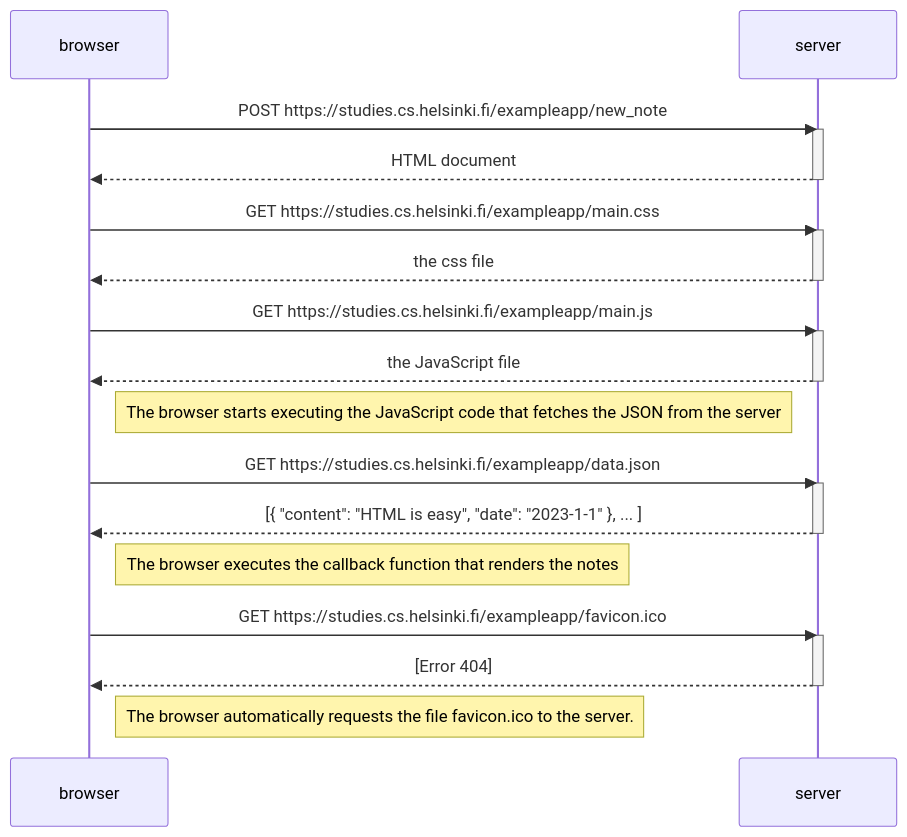
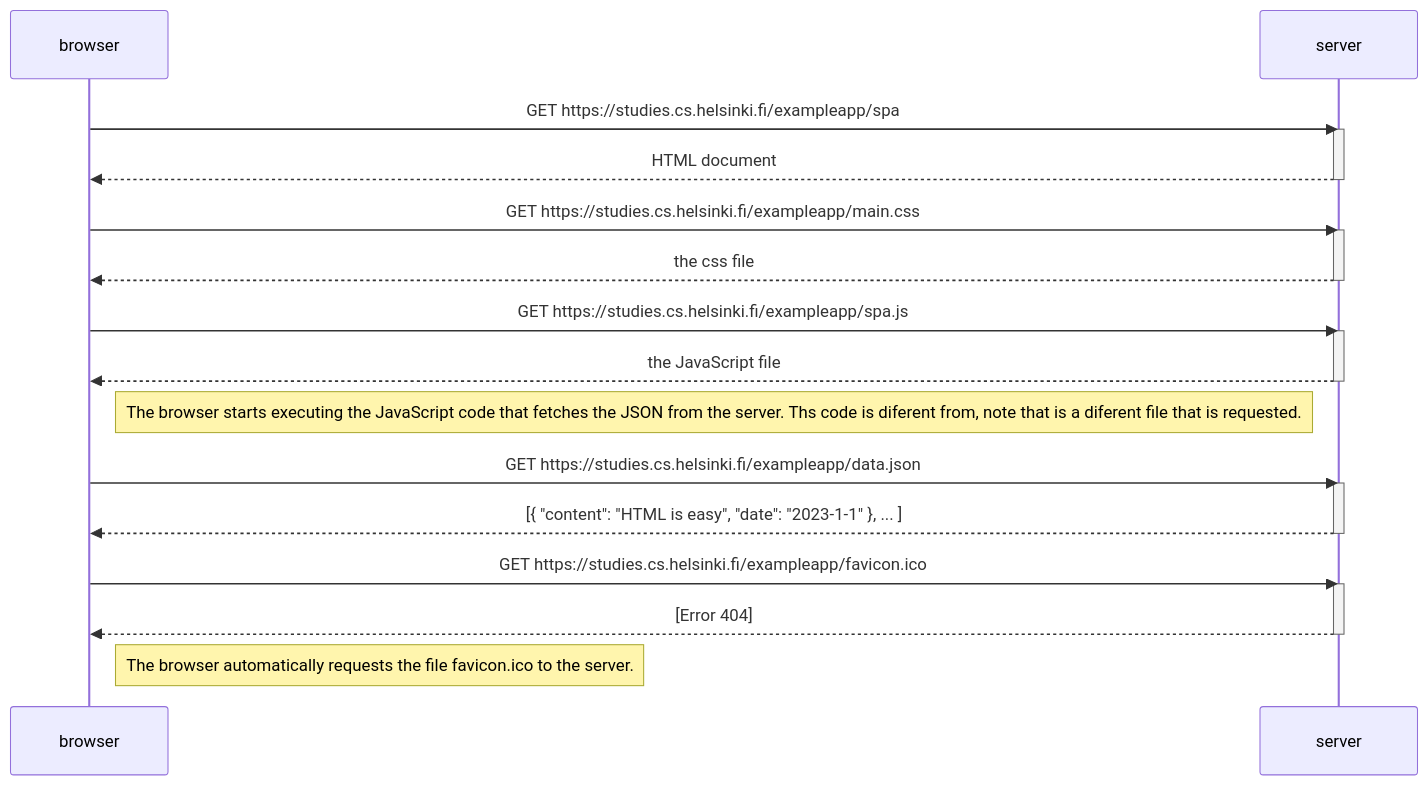
One commit to Temistocles17/Temistocles17.github.io changed the diagram in Readme.md. Above: the diagram before and after it, drawn with Mermaid.

````diff
--- a/Readme.md
+++ b/Readme.md
@@ -1,37 +1,35 @@
 ```mermaid
 sequenceDiagram
     participant browser
     participant server
 
-    browser->>server: POST https://studies.cs.helsinki.fi/exampleapp/new_note
+    browser->>server: GET https://studies.cs.helsinki.fi/exampleapp/spa
     activate server
     server-->>browser: HTML document
     deactivate server
 
     browser->>server: GET https://studies.cs.helsinki.fi/exampleapp/main.css
     activate server
     server-->>browser: the css file
     deactivate server
 
-    browser->>server: GET https://studies.cs.helsinki.fi/exampleapp/main.js
+    browser->>server: GET https://studies.cs.helsinki.fi/exampleapp/spa.js
     activate server
     server-->>browser: the JavaScript file
     deactivate server
 
-    Note right of browser: The browser starts executing the JavaScript code that fetches the JSON from the server
+    Note right of browser: The browser starts executing the JavaScript code that fetches the JSON from the server. Ths code is diferent from, note that is a diferent file that is requested.
 
     browser->>server: GET https://studies.cs.helsinki.fi/exampleapp/data.json
     activate server
     server-->>browser: [{ "content": "HTML is easy", "date": "2023-1-1" }, ... ]
     deactivate server
-
-    Note right of browser: The browser executes the callback function that renders the notes
 
     browser->>server: GET https://studies.cs.helsinki.fi/exampleapp/favicon.ico
     activate server
     server-->>browser: [Error 404]
     deactivate server
 
     Note right of browser: The browser automatically requests the file favicon.ico to the server. 
 
 ```
````
